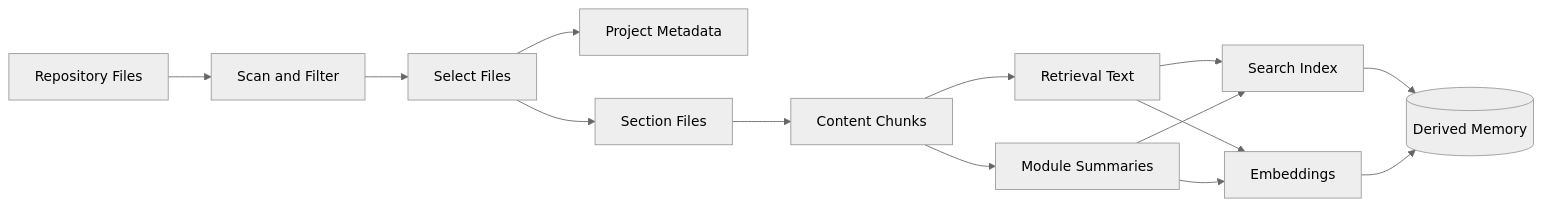
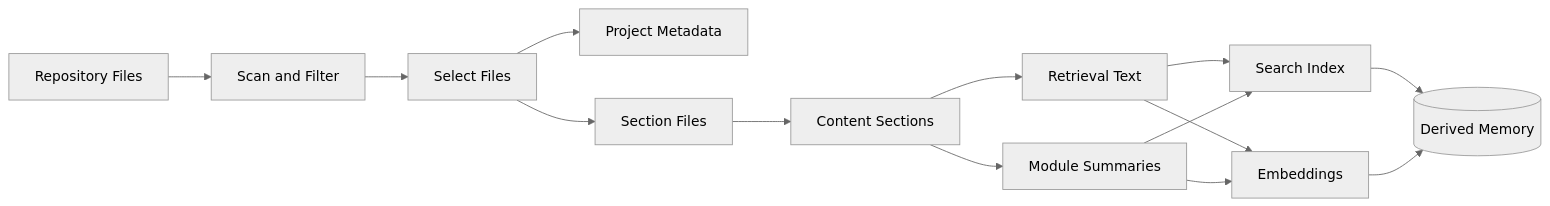
One commit to konteks/cli changed the diagram in docs/core-concepts/extraction.md. Above: the diagram before and after it, drawn with Mermaid (neutral theme). The commit also changed other lines of this file and 53 other files, not shown here.

First line of the commit message:
Rename "chunks" to "sections" throughout codebase

````diff
--- a/docs/core-concepts/extraction.md
+++ b/docs/core-concepts/extraction.md
@@ -7,16 +7,16 @@
 ```mermaid
 graph LR
     Source[Repository Files] --> Scan[Scan and Filter]
     Scan --> Select[Select Files]
     Select --> Metadata[Project Metadata]
     Select --> Section[Section Files]
-    Section --> Chunks[Content Chunks]
-    Chunks --> Retrieval[Retrieval Text]
+    Section --> Sections[Content Sections]
+    Sections --> Retrieval[Retrieval Text]
     Retrieval --> Index[Search Index]
     Retrieval --> Embed[Embeddings]
-    Chunks --> Modules[Module Summaries]
+    Sections --> Modules[Module Summaries]
     Modules --> Index
     Modules --> Embed
     Index --> Memory[(Derived Memory)]
     Embed --> Memory
 ```
````
